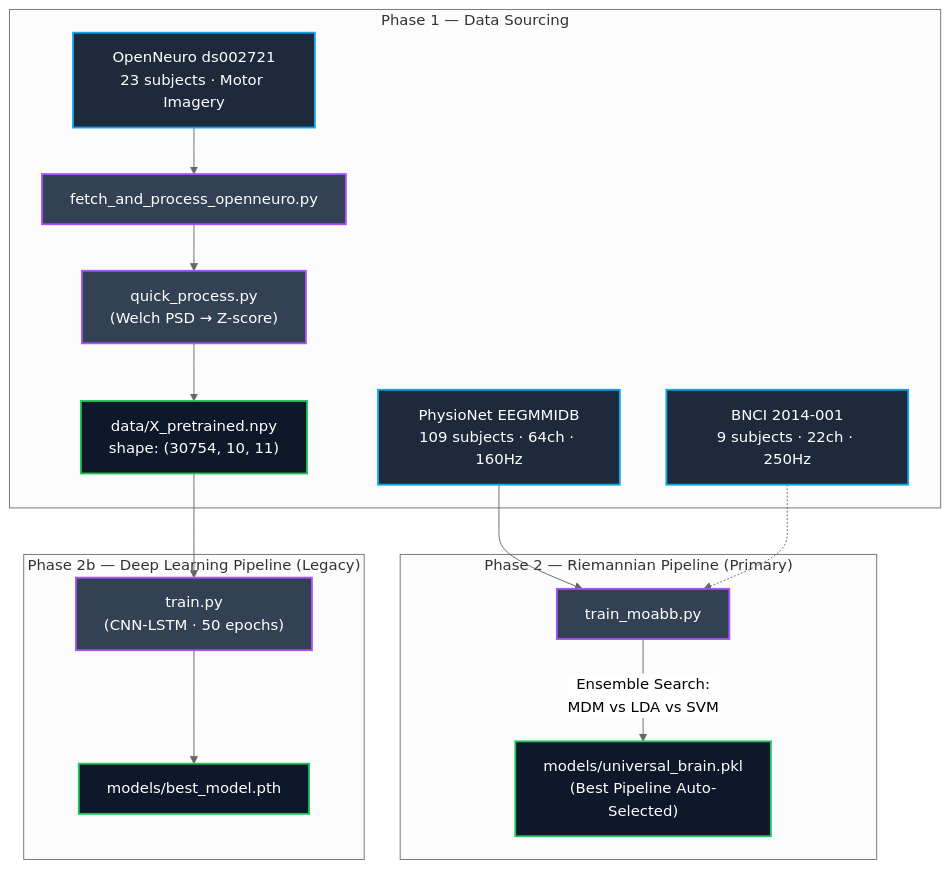
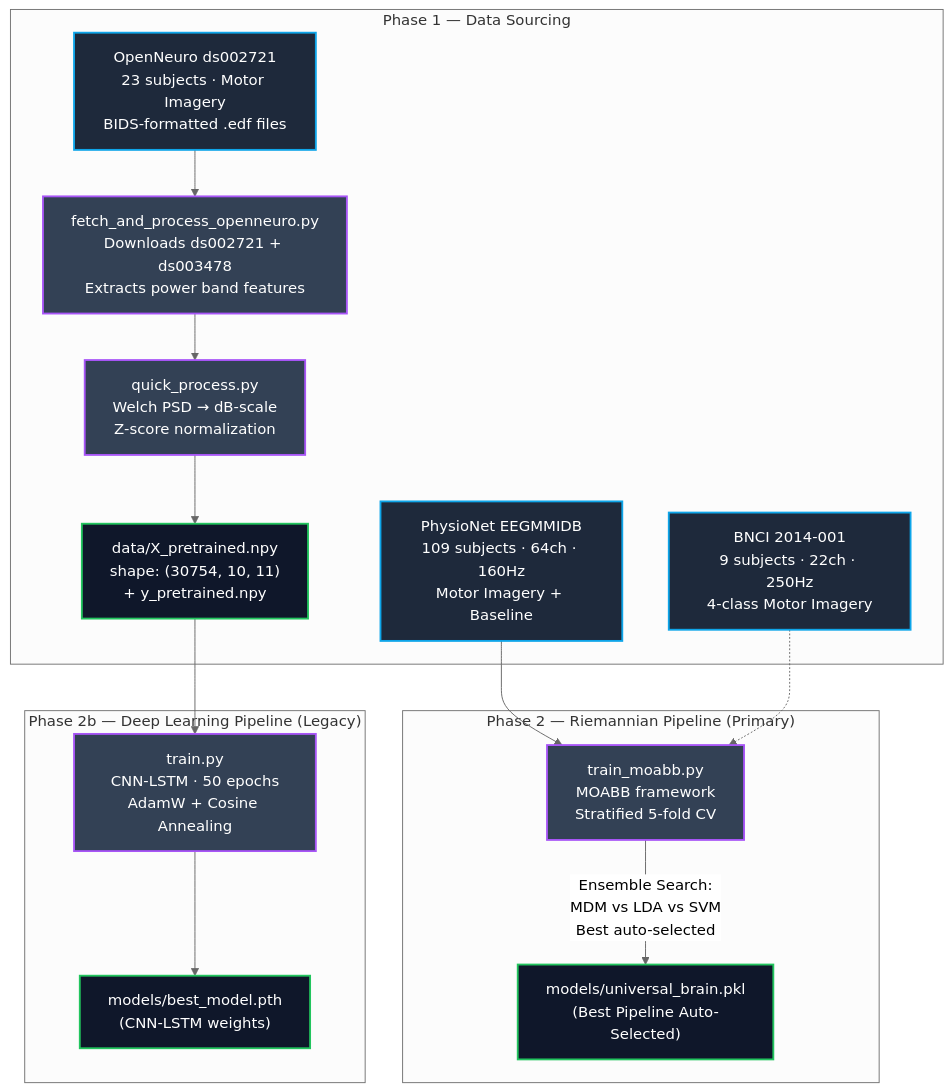
The fourth of 7 diagrams in visual_workflow.md (NAVEENKCG/Mind_Wave_AImodel), drawn with Mermaid (neutral theme) before and after one commit. The commit also changed other lines of this file and 2 other files, not shown here.

Commit message:
docs: comprehensive update to README.md and visual_workflow.md — add architecture diagrams, file map, results, datasets, project structure, and full pipeline flowcharts

````diff
--- a/visual_workflow.md
+++ b/visual_workflow.md
@@ -130,33 +143,33 @@
 ```mermaid
 flowchart TD
     classDef data fill:#1e293b,stroke:#0ea5e9,stroke-width:2px,color:#fff
     classDef script fill:#334155,stroke:#a855f7,stroke-width:2px,color:#fff
     classDef artifact fill:#0f172a,stroke:#22c55e,stroke-width:2px,color:#fff
 
     subgraph PHASE1["Phase 1 — Data Sourcing"]
-        DS1["PhysioNet EEGMMIDB<br/>109 subjects · 64ch · 160Hz"]:::data
-        DS2["OpenNeuro ds002721<br/>23 subjects · Motor Imagery"]:::data
-        DS3["BNCI 2014-001<br/>9 subjects · 22ch · 250Hz"]:::data
-        FETCH["fetch_and_process_openneuro.py"]:::script
-        QP["quick_process.py<br/>(Welch PSD → Z-score)"]:::script
+        DS1["PhysioNet EEGMMIDB<br/>109 subjects · 64ch · 160Hz<br/>Motor Imagery + Baseline"]:::data
+        DS2["OpenNeuro ds002721<br/>23 subjects · Motor Imagery<br/>BIDS-formatted .edf files"]:::data
+        DS3["BNCI 2014-001<br/>9 subjects · 22ch · 250Hz<br/>4-class Motor Imagery"]:::data
+        FETCH["fetch_and_process_openneuro.py<br/>Downloads ds002721 + ds003478<br/>Extracts power band features"]:::script
+        QP["quick_process.py<br/>Welch PSD → dB-scale<br/>Z-score normalization"]:::script
 
         DS2 --> FETCH
         FETCH --> QP
-        QP --> NPY["data/X_pretrained.npy<br/>shape: (30754, 10, 11)"]:::artifact
+        QP --> NPY["data/X_pretrained.npy<br/>shape: (30754, 10, 11)<br/>+ y_pretrained.npy"]:::artifact
     end
 
     subgraph PHASE2["Phase 2 — Riemannian Pipeline (Primary)"]
-        MOABB["train_moabb.py"]:::script
+        MOABB["train_moabb.py<br/>MOABB framework<br/>Stratified 5-fold CV"]:::script
 
         DS1 --> MOABB
         DS3 -.-> MOABB
 
-        MOABB -->|"Ensemble Search:<br/>MDM vs LDA vs SVM"| BEST["models/universal_brain.pkl<br/>(Best Pipeline Auto-Selected)"]:::artifact
+        MOABB -->|"Ensemble Search:<br/>MDM vs LDA vs SVM<br/>Best auto-selected"| BEST["models/universal_brain.pkl<br/>(Best Pipeline Auto-Selected)"]:::artifact
     end
 
     subgraph PHASE3["Phase 2b — Deep Learning Pipeline (Legacy)"]
-        TRAIN["train.py<br/>(CNN-LSTM · 50 epochs)"]:::script
+        TRAIN["train.py<br/>CNN-LSTM · 50 epochs<br/>AdamW + Cosine Annealing"]:::script
         NPY --> TRAIN
-        TRAIN --> PTH["models/best_model.pth"]:::artifact
+        TRAIN --> PTH["models/best_model.pth<br/>(CNN-LSTM weights)"]:::artifact
     end
 ```
````
